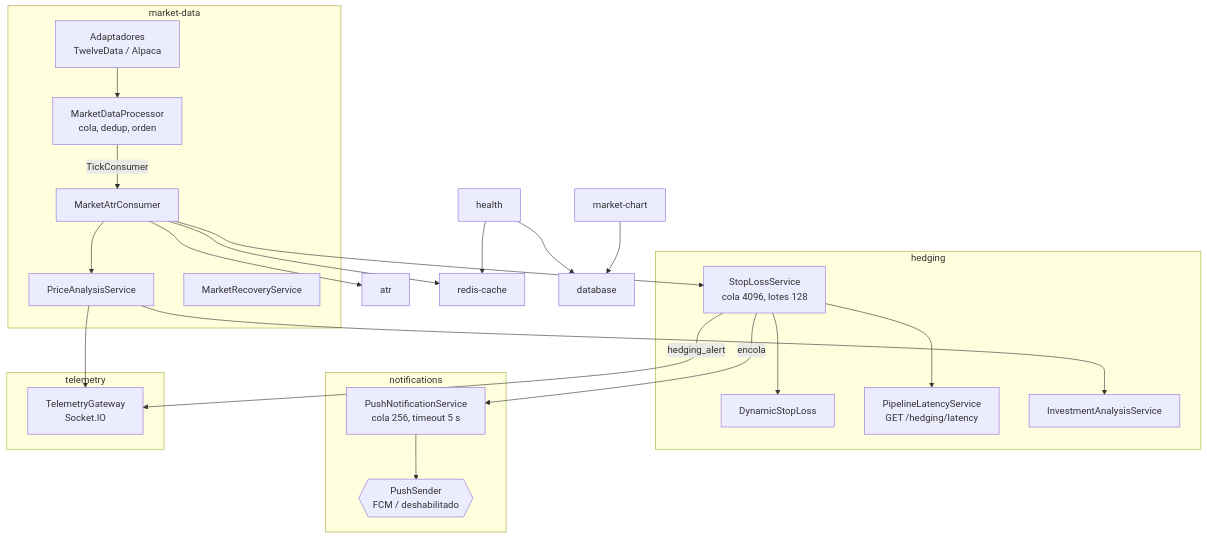
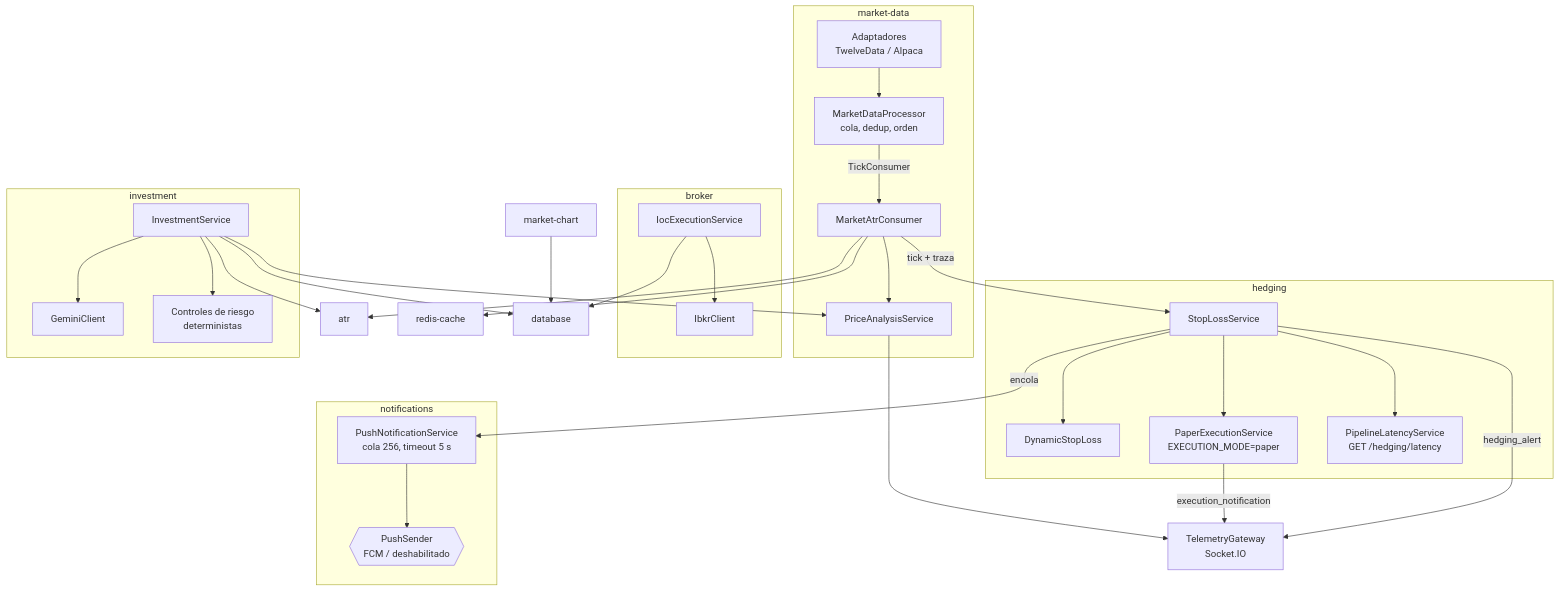
The second of 5 diagrams in docs/arquitectura.md (danrtx/RiTech-SAS), drawn with Mermaid before and after one commit. The commit also changed other lines of this file and 4 other files, not shown here.

````diff
--- a/docs/arquitectura.md
+++ b/docs/arquitectura.md
@@ -34,32 +54,39 @@
 ```mermaid
 flowchart TB
   subgraph market-data
     AD[Adaptadores<br/>TwelveData / Alpaca] --> PR[MarketDataProcessor<br/>cola, dedup, orden]
     PR -->|TickConsumer| CO[MarketAtrConsumer]
     CO --> PA[PriceAnalysisService]
-    RC[MarketRecoveryService]
   end
   subgraph hedging
-    SL[StopLossService<br/>cola 4096, lotes 128] --> DS[DynamicStopLoss]
+    SL[StopLossService] --> DS[DynamicStopLoss]
+    SL --> PE[PaperExecutionService<br/>EXECUTION_MODE=paper]
     LT[PipelineLatencyService<br/>GET /hedging/latency]
-    IA[InvestmentAnalysisService]
   end
   subgraph notifications
     PN[PushNotificationService<br/>cola 256, timeout 5 s] --> PS{{PushSender<br/>FCM / deshabilitado}}
   end
-  subgraph telemetry
-    GW[TelemetryGateway<br/>Socket.IO]
+  subgraph broker
+    IOC[IocExecutionService] --> IB[IbkrClient]
   end
-  ATR[atr] ; CH[market-chart] ; RCM[redis-cache] ; DB[database] ; HL[health]
+  subgraph investment
+    IS[InvestmentService] --> GC[GeminiClient]
+    IS --> RK[Controles de riesgo<br/>deterministas]
+  end
+  GW[TelemetryGateway<br/>Socket.IO]
+  ATR[atr] ; CH[market-chart] ; RCM[redis-cache] ; DB[database]
 
   CO --> RCM
   CO --> ATR
-  CO --> SL
-  PA --> IA
-  PA --> GW
+  CO -->|tick + traza| SL
   SL --> LT
   SL -->|hedging_alert| GW
+  PE -->|execution_notification| GW
   SL -->|encola| PN
+  PA --> GW
+  IS --> PA
+  IS --> ATR
+  IS --> DB
+  IOC --> DB
   CH --> DB
-  HL --> DB & RCM
 ```
````
